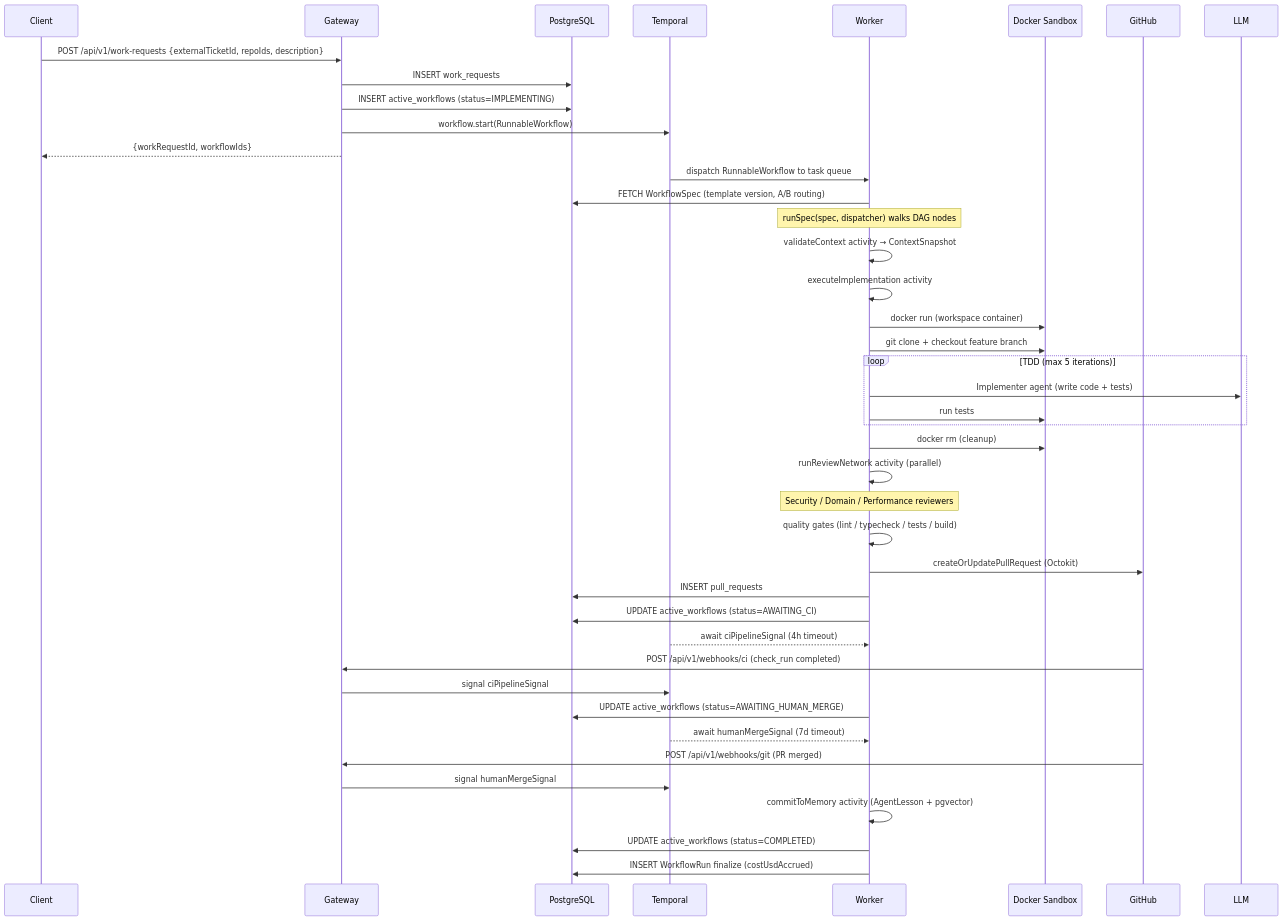
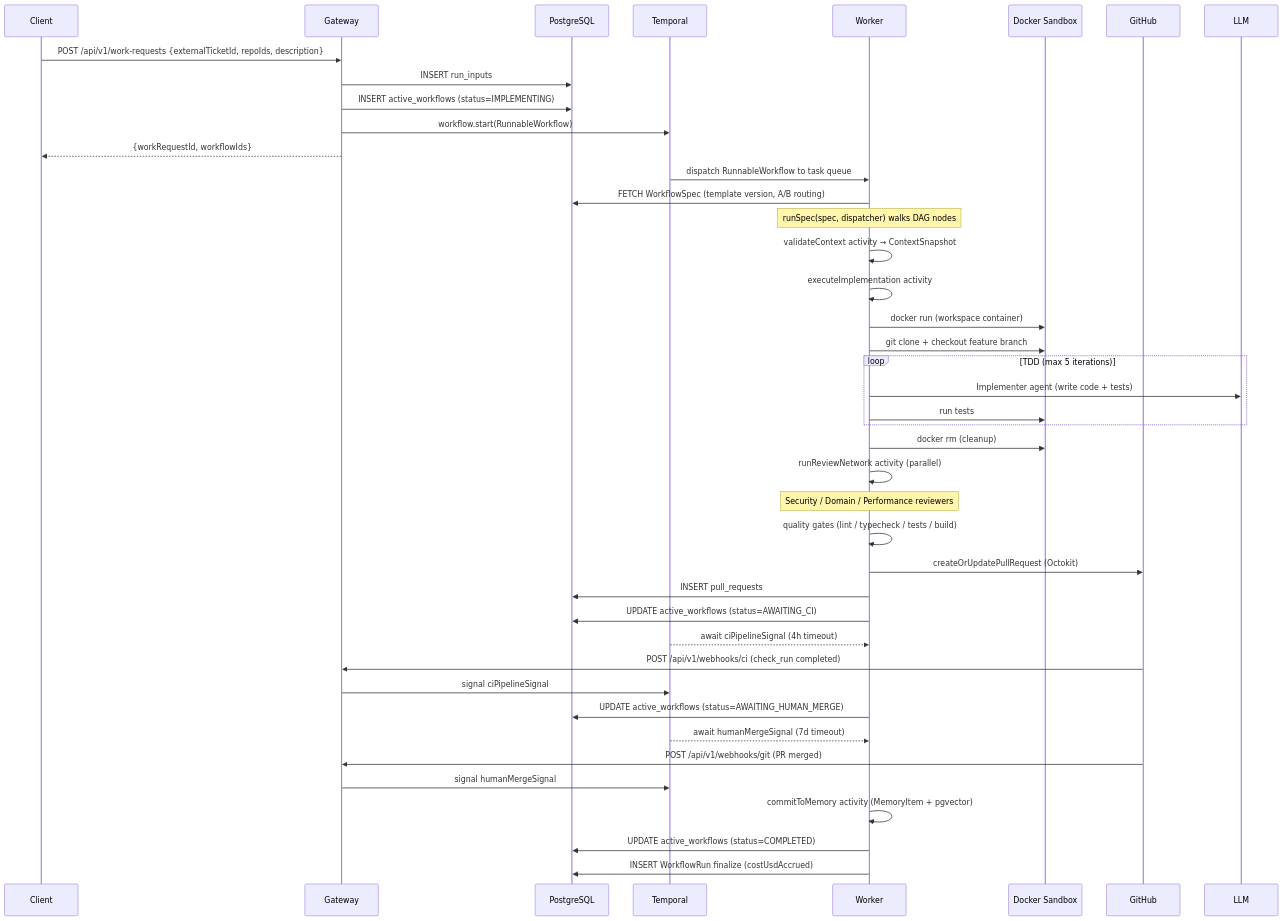
Before and after one commit to yorch/auto-swe: the second of 6 diagrams in docs/architecture.md, drawn with Mermaid. The commit also changed other lines of this file and 187 other files, not shown here.

````diff
--- a/docs/architecture.md
+++ b/docs/architecture.md
@@ -227,55 +231,55 @@
 ```mermaid
 sequenceDiagram
     participant Client
     participant Gateway
     participant DB as PostgreSQL
     participant Temporal
     participant Worker
     participant DinD as Docker Sandbox
     participant GitHub
 
     Client->>Gateway: POST /api/v1/work-requests {externalTicketId, repoIds, description}
-    Gateway->>DB: INSERT work_requests
+    Gateway->>DB: INSERT run_inputs
     Gateway->>DB: INSERT active_workflows (status=IMPLEMENTING)
     Gateway->>Temporal: workflow.start(RunnableWorkflow)
     Gateway-->>Client: {workRequestId, workflowIds}
 
     Temporal->>Worker: dispatch RunnableWorkflow to task queue
 
     Worker->>DB: FETCH WorkflowSpec (template version, A/B routing)
     Note over Worker: runSpec(spec, dispatcher) walks DAG nodes
 
     Worker->>Worker: validateContext activity → ContextSnapshot
     Worker->>Worker: executeImplementation activity
     Worker->>DinD: docker run (workspace container)
     Worker->>DinD: git clone + checkout feature branch
     loop TDD (max 5 iterations)
         Worker->>LLM: Implementer agent (write code + tests)
         Worker->>DinD: run tests
     end
     Worker->>DinD: docker rm (cleanup)
 
     Worker->>Worker: runReviewNetwork activity (parallel)
     Note over Worker: Security / Domain / Performance reviewers
 
     Worker->>Worker: quality gates (lint / typecheck / tests / build)
 
     Worker->>GitHub: createOrUpdatePullRequest (Octokit)
     Worker->>DB: INSERT pull_requests
 
     Worker->>DB: UPDATE active_workflows (status=AWAITING_CI)
     Temporal-->>Worker: await ciPipelineSignal (4h timeout)
 
     GitHub->>Gateway: POST /api/v1/webhooks/ci (check_run completed)
     Gateway->>Temporal: signal ciPipelineSignal
 
     Worker->>DB: UPDATE active_workflows (status=AWAITING_HUMAN_MERGE)
     Temporal-->>Worker: await humanMergeSignal (7d timeout)
 
     GitHub->>Gateway: POST /api/v1/webhooks/git (PR merged)
     Gateway->>Temporal: signal humanMergeSignal
 
-    Worker->>Worker: commitToMemory activity (AgentLesson + pgvector)
+    Worker->>Worker: commitToMemory activity (MemoryItem + pgvector)
     Worker->>DB: UPDATE active_workflows (status=COMPLETED)
     Worker->>DB: INSERT WorkflowRun finalize (costUsdAccrued)
 ```
````
